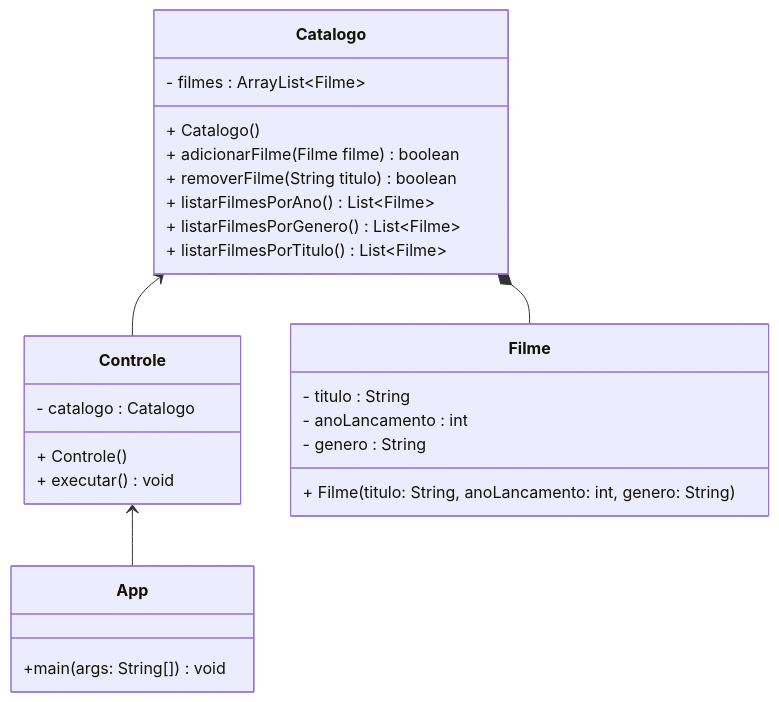
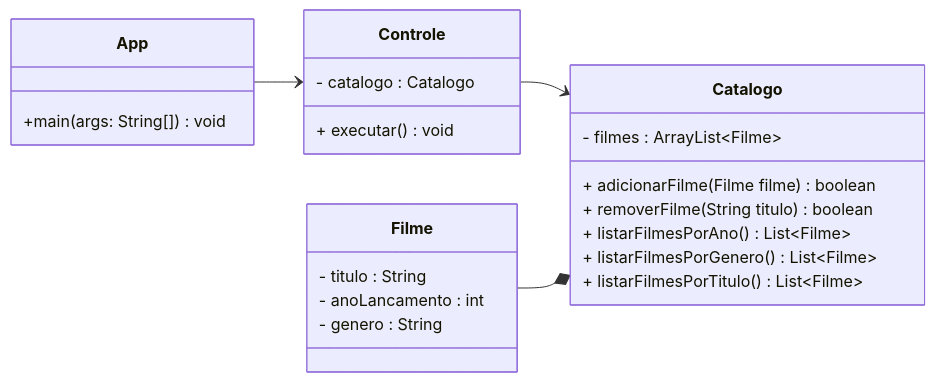
The diagram in readme.md (sergio-prolo-class/lista-3-devdivos), drawn with Mermaid before and after one commit.

Commit message:
readme terminado

````diff
--- a/readme.md
+++ b/readme.md
@@ -28,32 +28,30 @@
 ```mermaid
 classDiagram
+    direction RL
     class Controle{
         - catalogo : Catalogo
-        + Controle()
         + executar() void
     }
     class Catalogo{
         - filmes : ArrayList~Filme~
-        + Catalogo()
         + adicionarFilme(Filme filme) boolean
         + removerFilme(String titulo) boolean
         + listarFilmesPorAno() List~Filme~
         + listarFilmesPorGenero() List~Filme~
         + listarFilmesPorTitulo() List~Filme~
     }
     class Filme{
         - titulo : String
         - anoLancamento : int
         - genero : String
-        + Filme(titulo: String, anoLancamento: int, genero: String)
-    }
+        }
     
     class App{
         +main(args: String[]) void
     }
         
     Controle <--App
     Catalogo <-- Controle
     Catalogo *-- Filme
 
 ```
````
